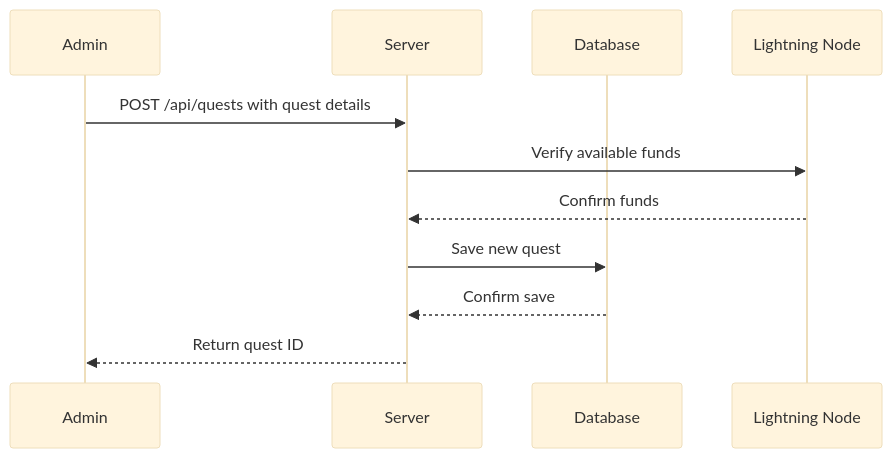
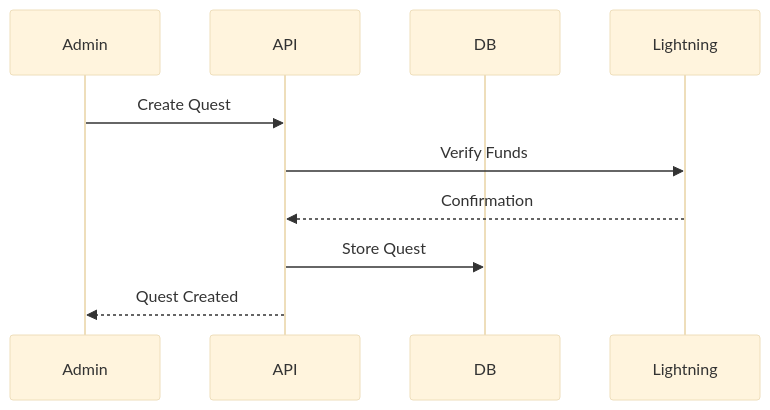
Before and after one commit to ElysiumLab/plan-b-tech-school-assignment: the second of 3 diagrams in README.md, drawn with Mermaid (base theme). The commit also changed other lines of this file and 2 other files, not shown here.

````diff
--- a/README.md
+++ b/README.md
@@ -27,14 +92,13 @@
 ```mermaid
 sequenceDiagram
-    participant A as Admin
-    participant S as Server
-    participant DB as Database
-    participant LN as Lightning Node
+    participant Admin
+    participant API
+    participant DB
+    participant Lightning
 
-    A->>S: POST /api/quests with quest details
-    S->>LN: Verify available funds
-    LN-->>S: Confirm funds
-    S->>DB: Save new quest
-    DB-->>S: Confirm save
-    S-->>A: Return quest ID
+    Admin->>API: Create Quest
+    API->>Lightning: Verify Funds
+    Lightning-->>API: Confirmation
+    API->>DB: Store Quest
+    API-->>Admin: Quest Created
 ```
````
